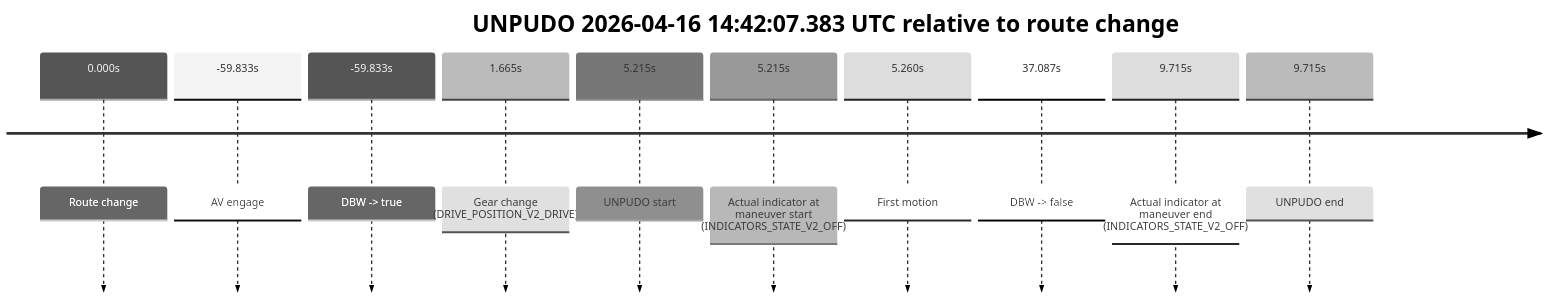
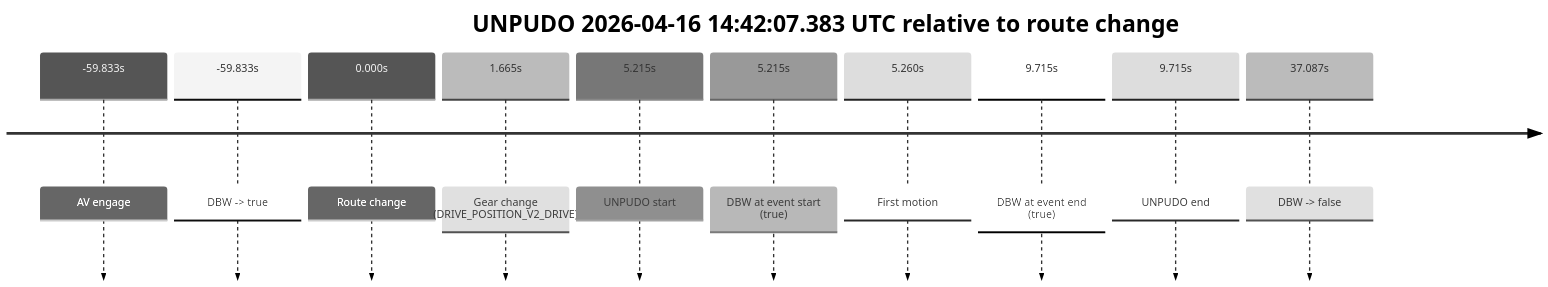
The fourth of 4 diagrams in model_analysis/report_cards/2026/04/Week-3/fme10003--2026-04-16--13-36-03--gen2-av-2f9a996c-038c-44b8-b604-a44d2703c25b.md (yoelshapiro/vault), drawn with Mermaid (neutral theme) before and after one commit. The commit also changed other lines of this file and 32 other files, not shown here.

````diff
--- a/model_analysis/report_cards/2026/04/Week-3/fme10003--2026-04-16--13-36-03--gen2-av-2f9a996c-038c-44b8-b604-a44d2703c25b.md
+++ b/model_analysis/report_cards/2026/04/Week-3/fme10003--2026-04-16--13-36-03--gen2-av-2f9a996c-038c-44b8-b604-a44d2703c25b.md
@@ -553,14 +310,14 @@
 ```mermaid
 timeline
     title UNPUDO 2026-04-16 14:42:07.383 UTC relative to route change
-    0.000s : Route change
     -59.833s : AV engage
     -59.833s : DBW -> true
+    0.000s : Route change
     1.665s : Gear change (DRIVE_POSITION_V2_DRIVE)
     5.215s : UNPUDO start
-    5.215s : Actual indicator at maneuver start (INDICATORS_STATE_V2_OFF)
+    5.215s : DBW at event start (true)
     5.260s : First motion
+    9.715s : DBW at event end (true)
+    9.715s : UNPUDO end
     37.087s : DBW -> false
-    9.715s : Actual indicator at maneuver end (INDICATORS_STATE_V2_OFF)
-    9.715s : UNPUDO end
 ```
````
